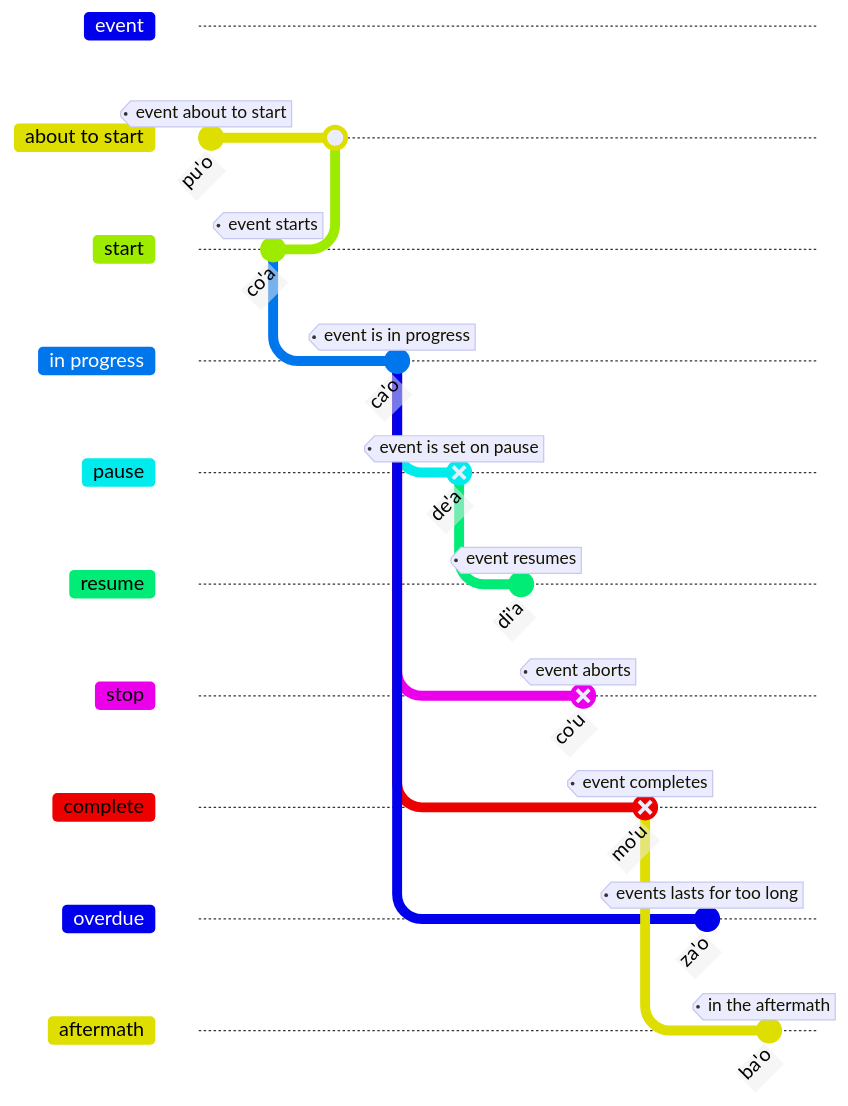
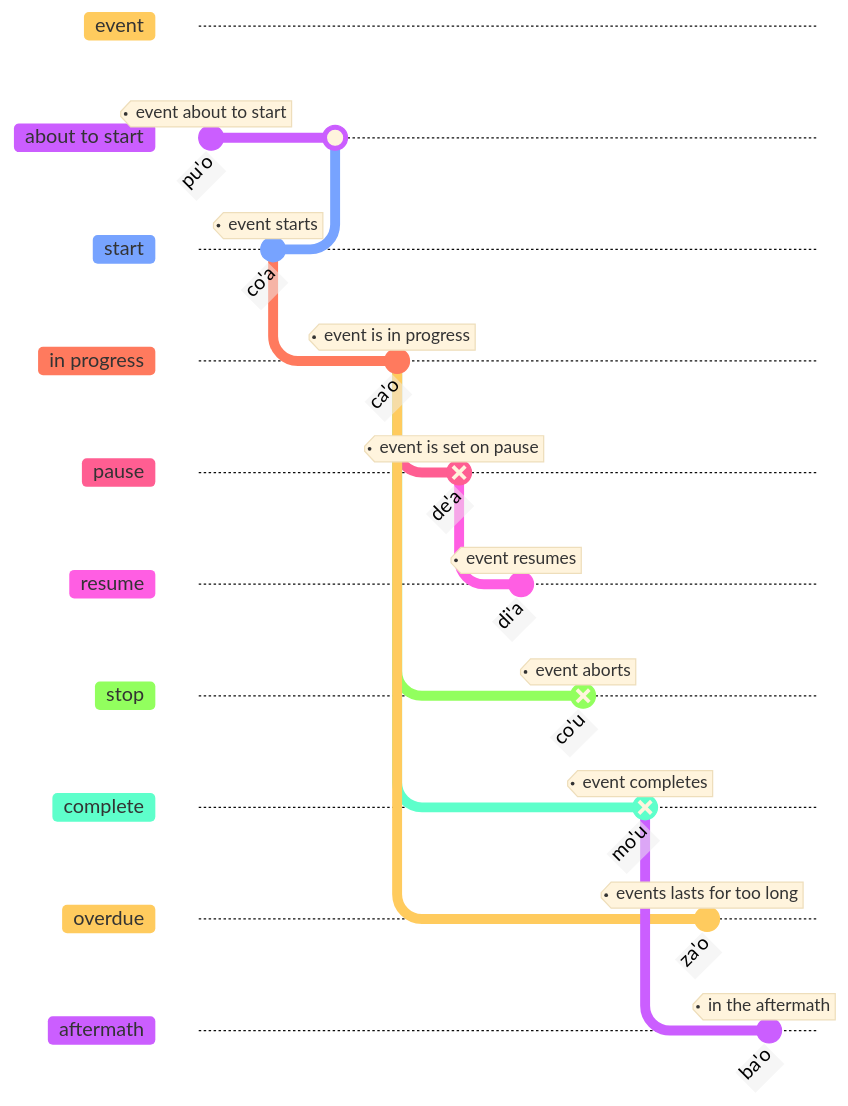
One commit to La-Lojban/lojban.pw changed the fourth of 4 diagrams in data/pages/books/learn-lojban.md. Above: the diagram before and after it, drawn with Mermaid. The commit also changed 1 other file, not shown here.

Commit message:
feat: 🎸 upgrade deps

````diff
--- a/data/pages/books/learn-lojban.md
+++ b/data/pages/books/learn-lojban.md
@@ -7358,67 +7358,67 @@
 ```mermaid
 %%{
     init: { 
         'logLevel': 'debug',
-        'theme': 'default',
+        'theme': 'base',
         'themeVariables': {
                 'commitLabelColor': '#000',
                 'commitLabelBackground': '#eee',
                 'commitLabelFontSize': '16px',
                 'tagLabelFontSize': '14px'
         },
         'gitGraph': {
             'showCommitLabel':true,
             'mainBranchName': 'event'
         }
     }
 }%%
 
 gitGraph
     checkout event
     branch "about to start"
     commit id: "pu'o" tag: "event about to start"
 
     %% checkout event
     %% branch "start early"
     %% checkout "start early"
     %% commit id: "xa'o"
 
     checkout event
     branch "start"
     commit id: "co'a" tag: "event starts"
 
     %% checkout "start early"
     %% merge start
 
     checkout "about to start"
     merge start
     %% commit id: "#nbsp;" tag: "event continues"
 
     checkout start
     branch "in progress"
     commit id: "ca'o" tag: "event is in progress"
 
     checkout "in progress"
     branch "pause"
     commit id: "de'a" tag: "event is set on pause" type: REVERSE
 
     checkout "pause"
     branch "resume"
     commit id: "di'a" tag: "event resumes"
 
     checkout "in progress"
     branch stop
     commit id: "co'u" tag: "event aborts" type: REVERSE
 
     checkout "in progress"
     branch complete
     commit id: "mo'u" tag: "event completes" type: REVERSE
 
     checkout "in progress"
     branch "overdue"
     commit id: "za'o" tag: "events lasts for too long"
 
     checkout "complete"
     branch aftermath
     commit id: "ba'o" tag: "in the aftermath"
 ```
````
